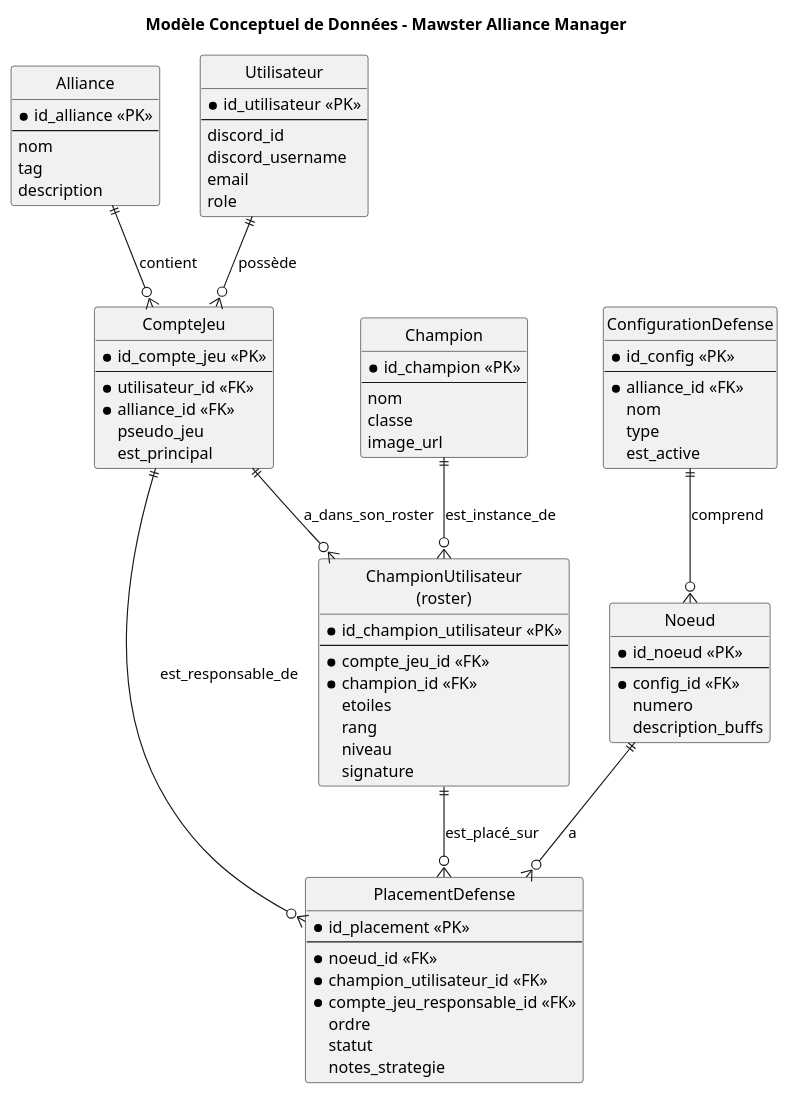
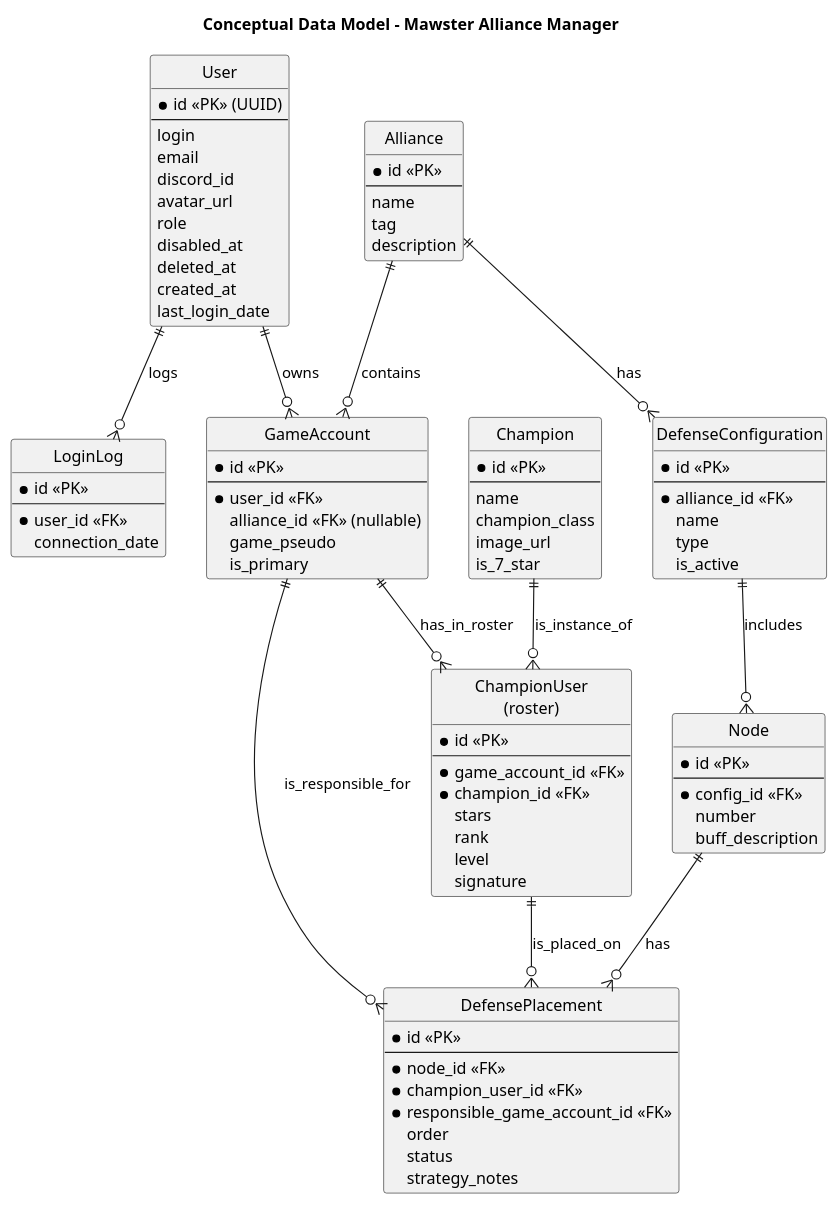
One commit to SNEAXIII/Mawster changed the diagram in api/docs/mdc.puml. Above: the diagram before and after it, drawn with PlantUML. The commit also changed 14 other files, not shown here.

Commit message:
Adds game account, alliance, champion, and champion user models with corresponding database migrations and DTOs

```diff
--- a/api/docs/mdc.puml
+++ b/api/docs/mdc.puml
@@ -1,90 +1,105 @@
 @startuml MCD_MCOC
-title Modèle Conceptuel de Données - Mawster Alliance Manager
+title Conceptual Data Model - Mawster Alliance Manager
 hide circle
 skinparam shadowing false
 skinparam monochrome true
 
+entity "User" as user {
+  * id <<PK>> (UUID)
+  --
+  login
+  email
+  discord_id
+  avatar_url
+  role
+  disabled_at
+  deleted_at
+  created_at
+  last_login_date
+}
+
+entity "LoginLog" as login_log {
+  * id <<PK>>
+  --
+  * user_id <<FK>>
+  connection_date
+}
+
 entity "Alliance" as alliance {
-  * id_alliance <<PK>>
+  * id <<PK>>
   --
-  nom
+  name
   tag
   description
+  ' TODO: add url later
 }
 
-entity "Utilisateur" as utilisateur {
-  * id_utilisateur <<PK>>
+entity "GameAccount" as game_account {
+  * id <<PK>>
   --
-  discord_id
-  discord_username
-  email
-  role
-}
-
-entity "CompteJeu" as compte_jeu {
-  * id_compte_jeu <<PK>>
-  --
-  * utilisateur_id <<FK>>
-  * alliance_id <<FK>>
-  pseudo_jeu
-  est_principal
+  * user_id <<FK>>
+  alliance_id <<FK>> (nullable)
+  game_pseudo
+  is_primary
 }
 
 entity "Champion" as champion {
-  * id_champion <<PK>>
+  * id <<PK>>
   --
-  nom
-  classe
+  name
+  champion_class
   image_url
+  is_7_star
 }
 
-entity "ChampionUtilisateur\n(roster)" as roster {
-  * id_champion_utilisateur <<PK>>
+entity "ChampionUser\n(roster)" as roster {
+  * id <<PK>>
   --
-  * compte_jeu_id <<FK>>
+  * game_account_id <<FK>>
   * champion_id <<FK>>
-  etoiles
-  rang
-  niveau
+  stars
+  rank
+  level
   signature
 }
 
-entity "ConfigurationDefense" as config {
-  * id_config <<PK>>
+entity "DefenseConfiguration" as config {
+  * id <<PK>>
   --
   * alliance_id <<FK>>
-  nom
+  name
   type
-  est_active
+  is_active
 }
 
-entity "Noeud" as noeud {
-  * id_noeud <<PK>>
+entity "Node" as node {
+  * id <<PK>>
   --
   * config_id <<FK>>
-  numero
-  description_buffs
+  number
+  buff_description
 }
 
-entity "PlacementDefense" as placement {
-  * id_placement <<PK>>
+entity "DefensePlacement" as placement {
+  * id <<PK>>
   --
-  * noeud_id <<FK>>
-  * champion_utilisateur_id <<FK>>
-  * compte_jeu_responsable_id <<FK>>
-  ordre
-  statut
-  notes_strategie
+  * node_id <<FK>>
+  * champion_user_id <<FK>>
+  * responsible_game_account_id <<FK>>
+  order
+  status
+  strategy_notes
 }
 
-utilisateur ||--o{ compte_jeu : "possède"
-alliance ||--o{ compte_jeu : "contient"
-compte_jeu ||--o{ roster : "a_dans_son_roster"
-champion ||--o{ roster : "est_instance_de"
-config ||--o{ noeud : "comprend"
-noeud ||--o{ placement : "a"
-roster ||--o{ placement : "est_placé_sur"
-compte_jeu ||--o{ placement : "est_responsable_de"
-
+user ||--o{ login_log : "logs"
+user ||--o{ game_account : "owns"
+alliance ||--o{ game_account : "contains"
+game_account ||--o{ roster : "has_in_roster"
+champion ||--o{ roster : "is_instance_of"
+config ||--o{ node : "includes"
+node ||--o{ placement : "has"
+roster ||--o{ placement : "is_placed_on"
+game_account ||--o{ placement : "is_responsible_for"
+alliance ||--o{ config : "has"
 
 @enduml
```
